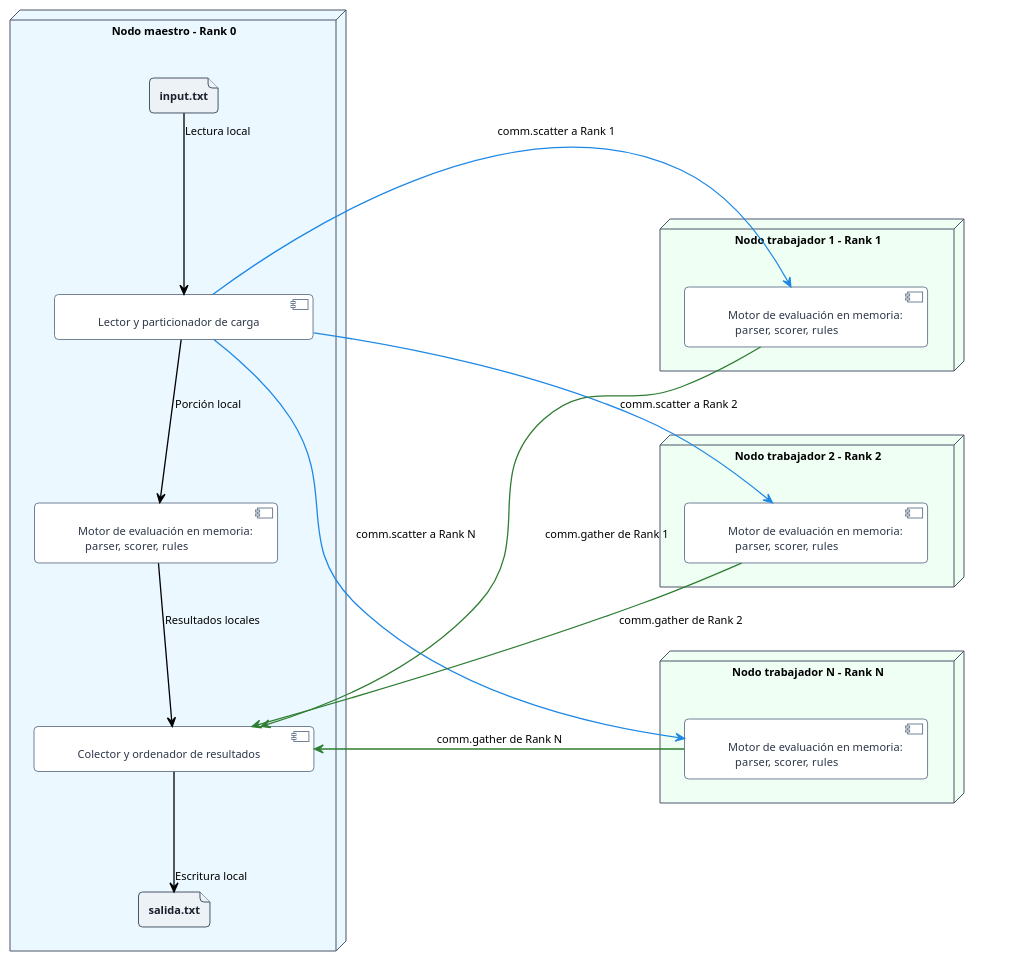
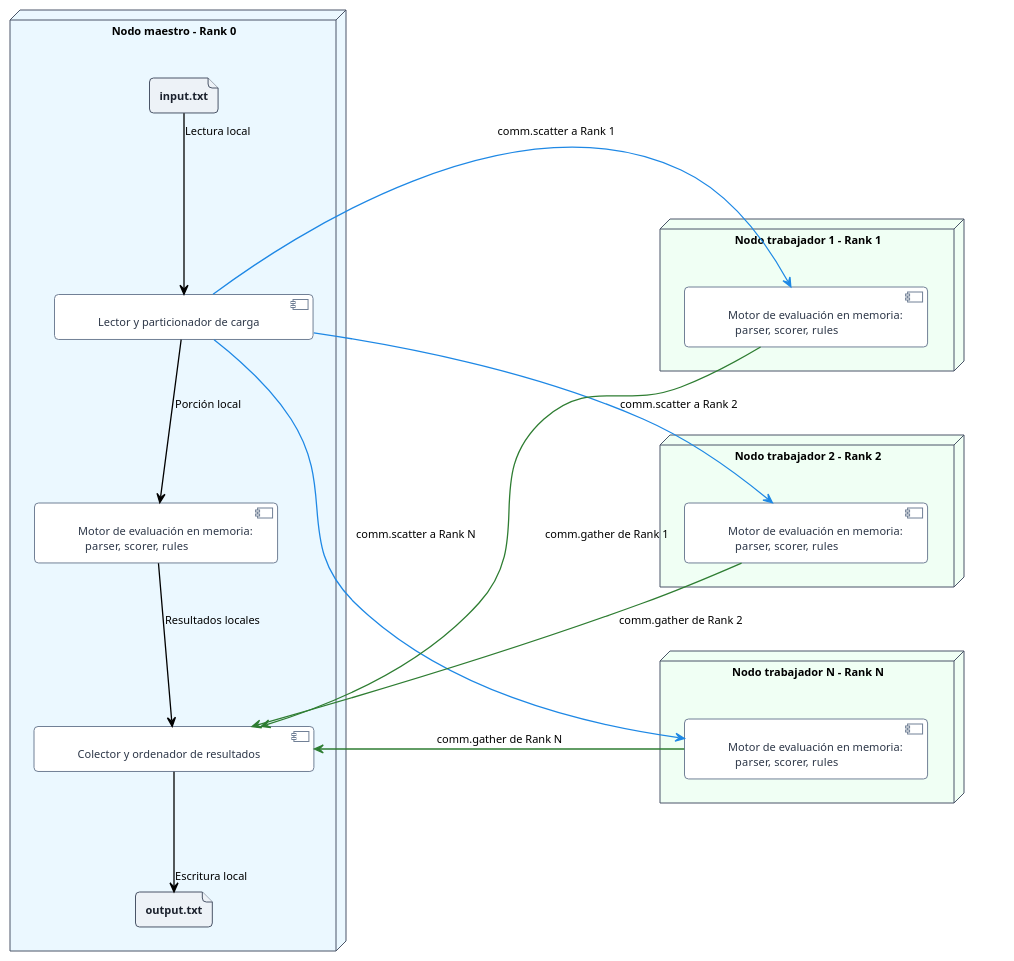
The diagram in docs/plantuml/diagrama_arquitectura.puml (edwynG/ad-mahjong-eval), drawn with PlantUML before and after one commit. The commit also changed 5 other files, not shown here.

Commit message:
docs: actualizar salida por defecto a output.txt en main, diagramas e informe

```diff
--- a/docs/plantuml/diagrama_arquitectura.puml
+++ b/docs/plantuml/diagrama_arquitectura.puml
@@ -1,81 +1,81 @@
 @startuml
 !theme plain
 skinparam backgroundColor #FFFFFF
 skinparam defaultFontName Arial
 skinparam defaultFontSize 11
 skinparam defaultTextAlignment center
 skinparam roundCorner 8
 skinparam shadowing false
 skinparam ranksep 18
 skinparam nodesep 28
 skinparam arrowThickness 1.3
 
 skinparam package {
     BorderColor transparent
     BackgroundColor transparent
 }
 
 skinparam node {
     BackgroundColor #F7FAFC
     BorderColor #4A5568
     FontStyle bold
 }
 
 skinparam component {
     BackgroundColor #FFFFFF
     BorderColor #718096
     FontColor #2D3748
 }
 
 skinparam file {
     BackgroundColor #EDF2F7
     BorderColor #4A5568
     FontColor #1A202C
     FontStyle bold
 }
 
 ' Columna izquierda: Nodo maestro en rectangulo vertical con altura compacta
 node "Nodo maestro - Rank 0" as MasterNode #EBF8FF {
     file "input.txt" as IN
     [          Lector y particionador de carga          ] as Part
     [          Motor de evaluación en memoria:\nparser, scorer, rules          ] as MasterEval
     [          Colector y ordenador de resultados          ] as Sorter
-    file "salida.txt" as OUT
+    file "output.txt" as OUT
     
     IN -down-> Part : Lectura local
     Part -down-> MasterEval : Porción local
     MasterEval -down-> Sorter : Resultados locales
     Sorter -down-> OUT : Escritura local
 }
 
 ' Columna derecha: Tres trabajadores apilados en torre
 package " " as Workers {
     node "Nodo trabajador 1 - Rank 1" as W1Node #F0FFF4 {
         [          Motor de evaluación en memoria:\nparser, scorer, rules          ] as W1Eval
     }
 
     node "Nodo trabajador 2 - Rank 2" as W2Node #F0FFF4 {
         [          Motor de evaluación en memoria:\nparser, scorer, rules          ] as W2Eval
     }
 
     node "Nodo trabajador N - Rank N" as WNNode #F0FFF4 {
         [          Motor de evaluación en memoria:\nparser, scorer, rules          ] as WNEval
     }
 
     W1Node -[hidden]down-> W2Node
     W2Node -[hidden]down-> WNNode
 }
 
 MasterNode -[hidden]right-> Workers
 
 ' Dispersión de datos (scatter) en azul con destino identificado
 Part -[#1E88E5]-> W1Eval : comm.scatter a Rank 1
 Part -[#1E88E5]-> W2Eval : comm.scatter a Rank 2
 Part -[#1E88E5]-> WNEval : comm.scatter a Rank N
 
 ' Recolección de datos (gather) en verde con origen identificado
 W1Eval -[#2E7D32]-> Sorter : comm.gather de Rank 1
 W2Eval -[#2E7D32]-> Sorter : comm.gather de Rank 2
 WNEval -[#2E7D32]-> Sorter : comm.gather de Rank N
 
 @enduml
```
